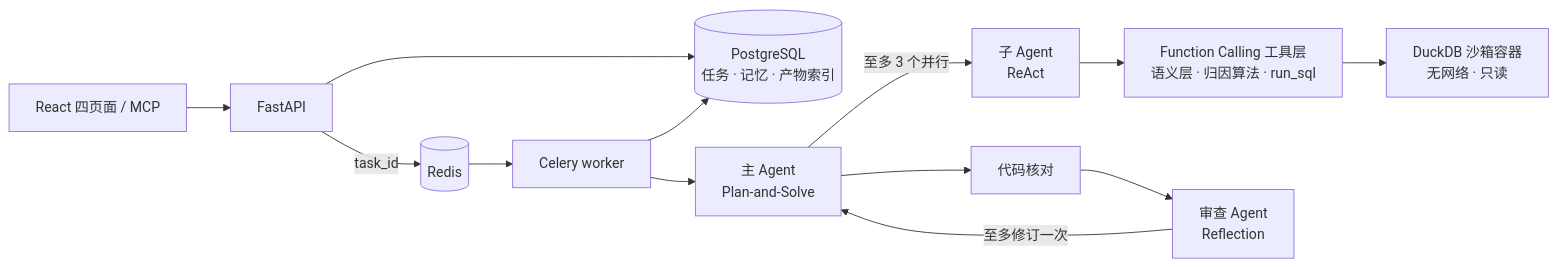
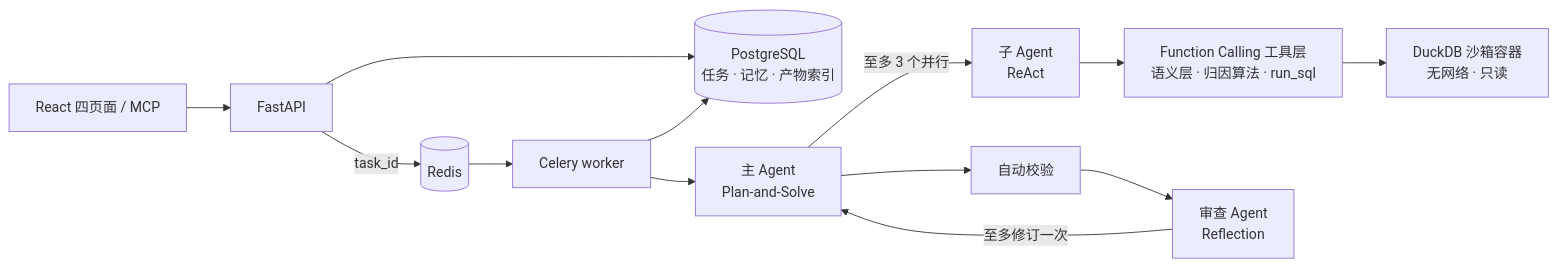
The second of 2 diagrams in README.md (control-coder/metricproof), drawn with Mermaid before and after one commit. The commit also changed other lines of this file, not shown here.

````diff
--- a/README.md
+++ b/README.md
@@ -90,15 +90,15 @@
 ```mermaid
 flowchart LR
     UI[React 四页面 / MCP] --> API[FastAPI]
     API --> DB[(PostgreSQL<br/>任务 · 记忆 · 产物索引)]
     API -->|task_id| Q[(Redis)]
     Q --> W[Celery worker]
     W --> L[主 Agent<br/>Plan-and-Solve]
     L -->|至多 3 个并行| S[子 Agent<br/>ReAct]
     S --> T[Function Calling 工具层<br/>语义层 · 归因算法 · run_sql]
     T --> X[DuckDB 沙箱容器<br/>无网络 · 只读]
-    L --> C[代码核对]
+    L --> C[自动校验]
     C --> R[审查 Agent<br/>Reflection]
     R -->|至多修订一次| L
     W --> DB
 ```
````
